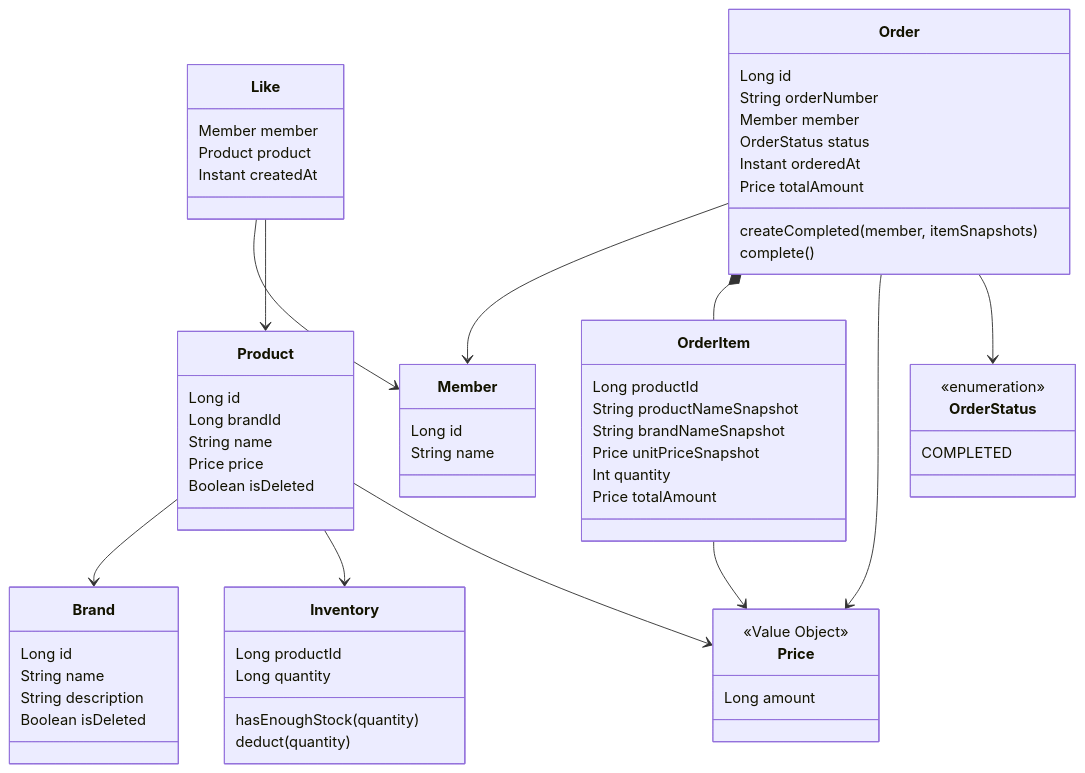
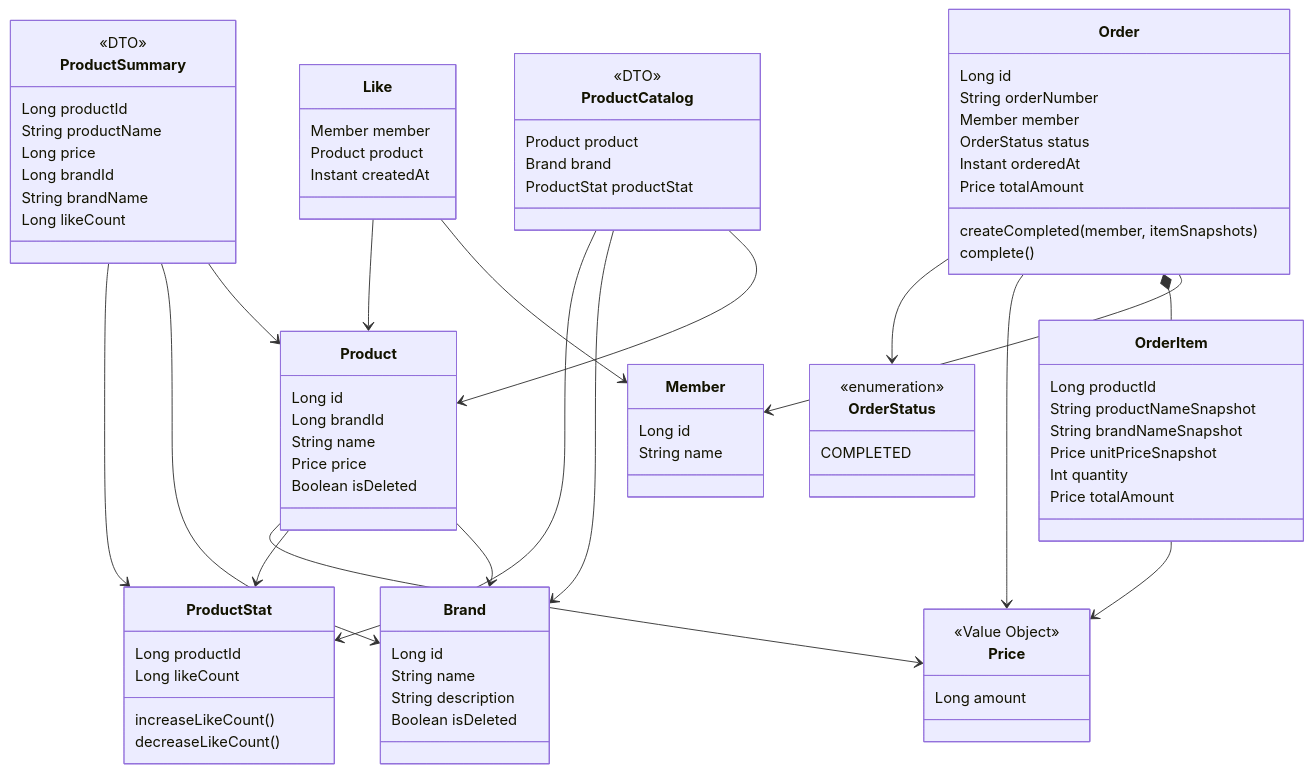
One commit to loopers-labs/loop-pack-be-l2-vol4-kotlin changed the diagram in docs/week2/09-class-diagram.md. Above: the diagram before and after it, drawn with Mermaid. The commit also changed other lines of this file and 50 other files, not shown here.

```diff
--- a/docs/week2/09-class-diagram.md
+++ b/docs/week2/09-class-diagram.md
@@ -26,11 +26,28 @@
         Boolean isDeleted
     }
 
-    class Inventory {
+    class ProductStat {
         Long productId
-        Long quantity
-        hasEnoughStock(quantity)
-        deduct(quantity)
+        Long likeCount
+        increaseLikeCount()
+        decreaseLikeCount()
+    }
+
+    class ProductCatalog {
+        <<DTO>>
+        Product product
+        Brand brand
+        ProductStat productStat
+    }
+
+    class ProductSummary {
+        <<DTO>>
+        Long productId
+        String productName
+        Long price
+        Long brandId
+        String brandName
+        Long likeCount
     }
 
     class Like {
@@ -75,7 +92,13 @@
     }
 
     Product --> Brand
-    Product --> Inventory
+    Product --> ProductStat
+    ProductCatalog --> Product
+    ProductCatalog --> Brand
+    ProductCatalog --> ProductStat
+    ProductSummary --> Product
+    ProductSummary --> Brand
+    ProductSummary --> ProductStat
     Like --> Member
     Like --> Product
     Order --> Member
```
